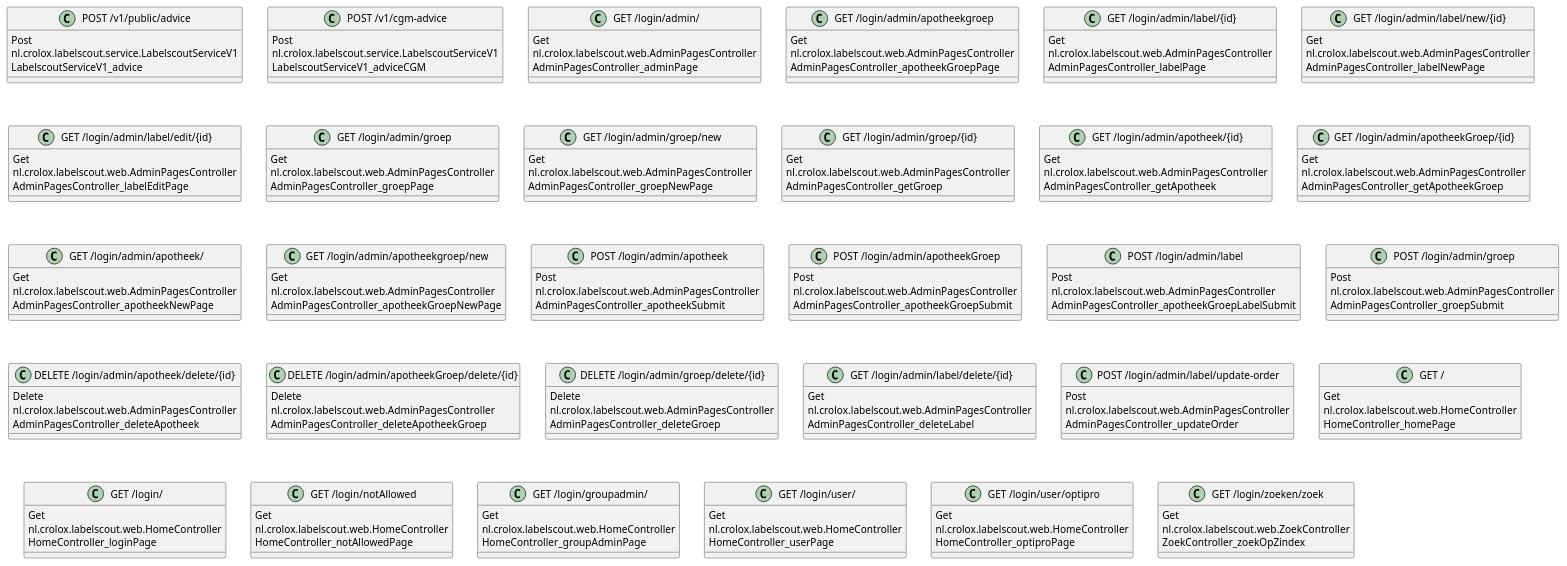
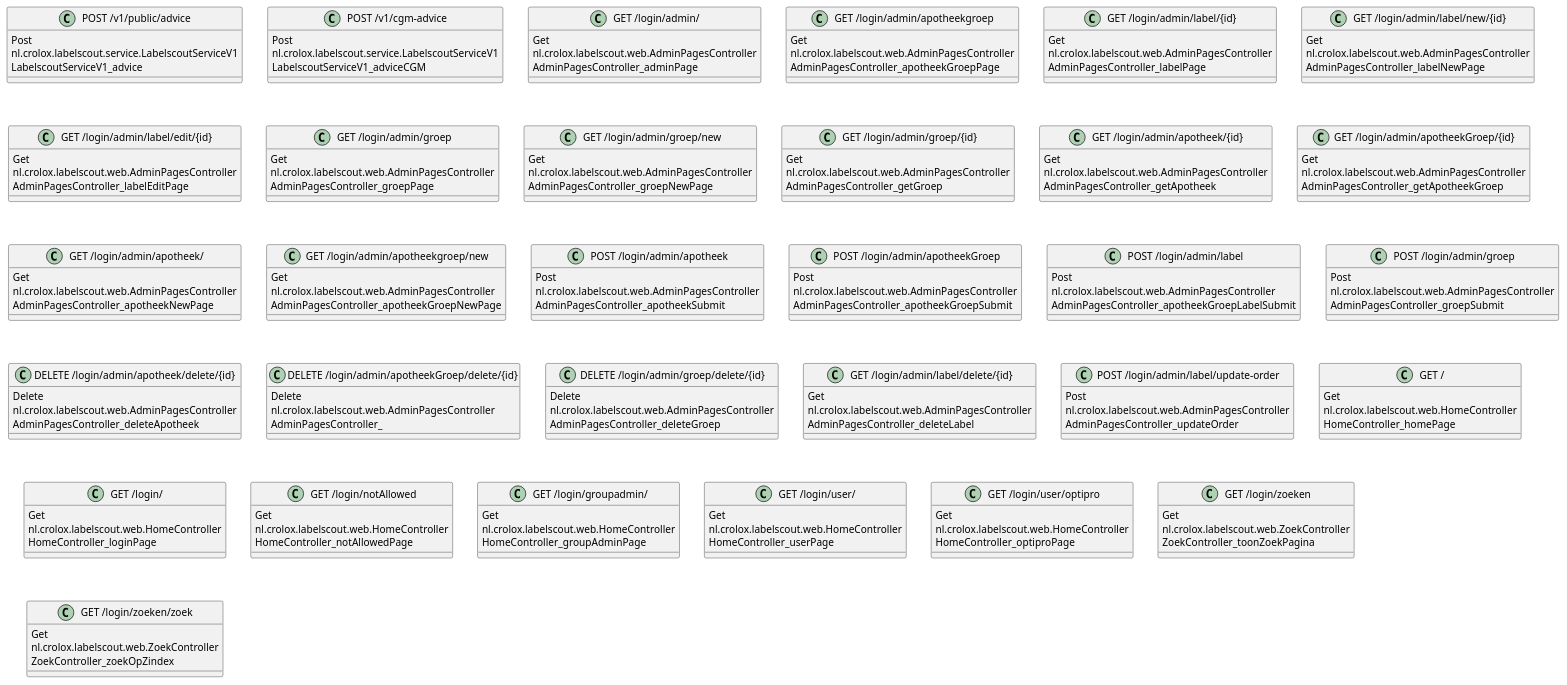
The diagram in docs/octa/OCTA-Labelscout-flow_01.puml (brunasti/java-diagrammer), drawn with PlantUML before and after one commit. The commit also changed 3 other files, not shown here.

```diff
--- a/docs/octa/OCTA-Labelscout-flow_01.puml
+++ b/docs/octa/OCTA-Labelscout-flow_01.puml
@@ -1,193 +1,199 @@
 @startuml
 'https://plantuml.com/class-diagram
 
 ' GENERATE PAGES DIAGRAM ===========
 ' Generator       : it.brunasti.java.diagrammer.spring.web.WebFlowAnalyser
 ' Java Files Path : [/Users/paolobrunasti/IdeaProjects/OCTA/labelscout/src/main/java/]
 ' Configuration   : [./docs/config.json]
-' Generated at    : Tue Jan 13 18:09:39 CET 2026
+' Generated at    : Wed Jan 14 14:36:03 CET 2026
 '
 '   Pages infos    :
 class "POST /v1/public/advice" as LabelscoutServiceV1_advice {
     Post
     nl.crolox.labelscout.service.LabelscoutServiceV1
     LabelscoutServiceV1_advice
 }
 
 class "POST /v1/cgm-advice" as LabelscoutServiceV1_adviceCGM {
     Post
     nl.crolox.labelscout.service.LabelscoutServiceV1
     LabelscoutServiceV1_adviceCGM
 }
 
 class "GET /login/admin/" as AdminPagesController_adminPage {
     Get
     nl.crolox.labelscout.web.AdminPagesController
     AdminPagesController_adminPage
 }
 
 class "GET /login/admin/apotheekgroep" as AdminPagesController_apotheekGroepPage {
     Get
     nl.crolox.labelscout.web.AdminPagesController
     AdminPagesController_apotheekGroepPage
 }
 
 class "GET /login/admin/label/{id}" as AdminPagesController_labelPage {
     Get
     nl.crolox.labelscout.web.AdminPagesController
     AdminPagesController_labelPage
 }
 
 class "GET /login/admin/label/new/{id}" as AdminPagesController_labelNewPage {
     Get
     nl.crolox.labelscout.web.AdminPagesController
     AdminPagesController_labelNewPage
 }
 
 class "GET /login/admin/label/edit/{id}" as AdminPagesController_labelEditPage {
     Get
     nl.crolox.labelscout.web.AdminPagesController
     AdminPagesController_labelEditPage
 }
 
 class "GET /login/admin/groep" as AdminPagesController_groepPage {
     Get
     nl.crolox.labelscout.web.AdminPagesController
     AdminPagesController_groepPage
 }
 
 class "GET /login/admin/groep/new" as AdminPagesController_groepNewPage {
     Get
     nl.crolox.labelscout.web.AdminPagesController
     AdminPagesController_groepNewPage
 }
 
 class "GET /login/admin/groep/{id}" as AdminPagesController_getGroep {
     Get
     nl.crolox.labelscout.web.AdminPagesController
     AdminPagesController_getGroep
 }
 
 class "GET /login/admin/apotheek/{id}" as AdminPagesController_getApotheek {
     Get
     nl.crolox.labelscout.web.AdminPagesController
     AdminPagesController_getApotheek
 }
 
 class "GET /login/admin/apotheekGroep/{id}" as AdminPagesController_getApotheekGroep {
     Get
     nl.crolox.labelscout.web.AdminPagesController
     AdminPagesController_getApotheekGroep
 }
 
 class "GET /login/admin/apotheek/" as AdminPagesController_apotheekNewPage {
     Get
     nl.crolox.labelscout.web.AdminPagesController
     AdminPagesController_apotheekNewPage
 }
 
 class "GET /login/admin/apotheekgroep/new" as AdminPagesController_apotheekGroepNewPage {
     Get
     nl.crolox.labelscout.web.AdminPagesController
     AdminPagesController_apotheekGroepNewPage
 }
 
 class "POST /login/admin/apotheek" as AdminPagesController_apotheekSubmit {
     Post
     nl.crolox.labelscout.web.AdminPagesController
     AdminPagesController_apotheekSubmit
 }
 
 class "POST /login/admin/apotheekGroep" as AdminPagesController_apotheekGroepSubmit {
     Post
     nl.crolox.labelscout.web.AdminPagesController
     AdminPagesController_apotheekGroepSubmit
 }
 
 class "POST /login/admin/label" as AdminPagesController_apotheekGroepLabelSubmit {
     Post
     nl.crolox.labelscout.web.AdminPagesController
     AdminPagesController_apotheekGroepLabelSubmit
 }
 
 class "POST /login/admin/groep" as AdminPagesController_groepSubmit {
     Post
     nl.crolox.labelscout.web.AdminPagesController
     AdminPagesController_groepSubmit
 }
 
 class "DELETE /login/admin/apotheek/delete/{id}" as AdminPagesController_deleteApotheek {
     Delete
     nl.crolox.labelscout.web.AdminPagesController
     AdminPagesController_deleteApotheek
 }
 
-class "DELETE /login/admin/apotheekGroep/delete/{id}" as AdminPagesController_deleteApotheekGroep {
+class "DELETE /login/admin/apotheekGroep/delete/{id}" as AdminPagesController_ {
     Delete
     nl.crolox.labelscout.web.AdminPagesController
-    AdminPagesController_deleteApotheekGroep
+    AdminPagesController_
 }
 
 class "DELETE /login/admin/groep/delete/{id}" as AdminPagesController_deleteGroep {
     Delete
     nl.crolox.labelscout.web.AdminPagesController
     AdminPagesController_deleteGroep
 }
 
 class "GET /login/admin/label/delete/{id}" as AdminPagesController_deleteLabel {
     Get
     nl.crolox.labelscout.web.AdminPagesController
     AdminPagesController_deleteLabel
 }
 
 class "POST /login/admin/label/update-order" as AdminPagesController_updateOrder {
     Post
     nl.crolox.labelscout.web.AdminPagesController
     AdminPagesController_updateOrder
 }
 
 class "GET /" as HomeController_homePage {
     Get
     nl.crolox.labelscout.web.HomeController
     HomeController_homePage
 }
 
 class "GET /login/" as HomeController_loginPage {
     Get
     nl.crolox.labelscout.web.HomeController
     HomeController_loginPage
 }
 
 class "GET /login/notAllowed" as HomeController_notAllowedPage {
     Get
     nl.crolox.labelscout.web.HomeController
     HomeController_notAllowedPage
 }
 
 class "GET /login/groupadmin/" as HomeController_groupAdminPage {
     Get
     nl.crolox.labelscout.web.HomeController
     HomeController_groupAdminPage
 }
 
 class "GET /login/user/" as HomeController_userPage {
     Get
     nl.crolox.labelscout.web.HomeController
     HomeController_userPage
 }
 
 class "GET /login/user/optipro" as HomeController_optiproPage {
     Get
     nl.crolox.labelscout.web.HomeController
     HomeController_optiproPage
 }
 
+class "GET /login/zoeken" as ZoekController_toonZoekPagina {
+    Get
+    nl.crolox.labelscout.web.ZoekController
+    ZoekController_toonZoekPagina
+}
+
 class "GET /login/zoeken/zoek" as ZoekController_zoekOpZindex {
     Get
     nl.crolox.labelscout.web.ZoekController
     ZoekController_zoekOpZindex
 }
 
 
 
 @enduml
```
